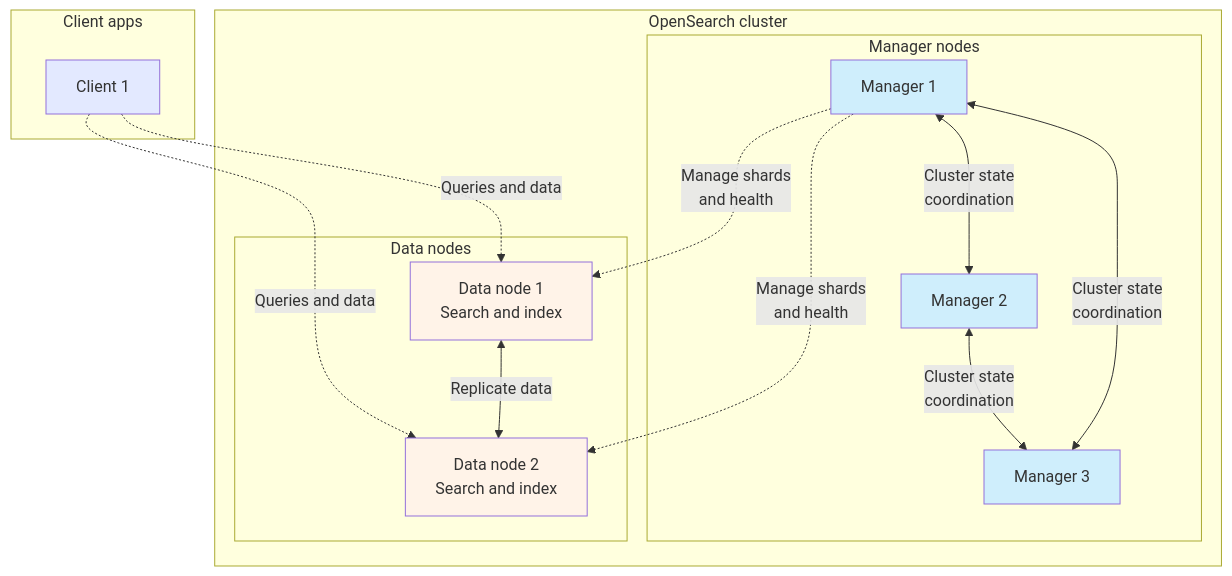
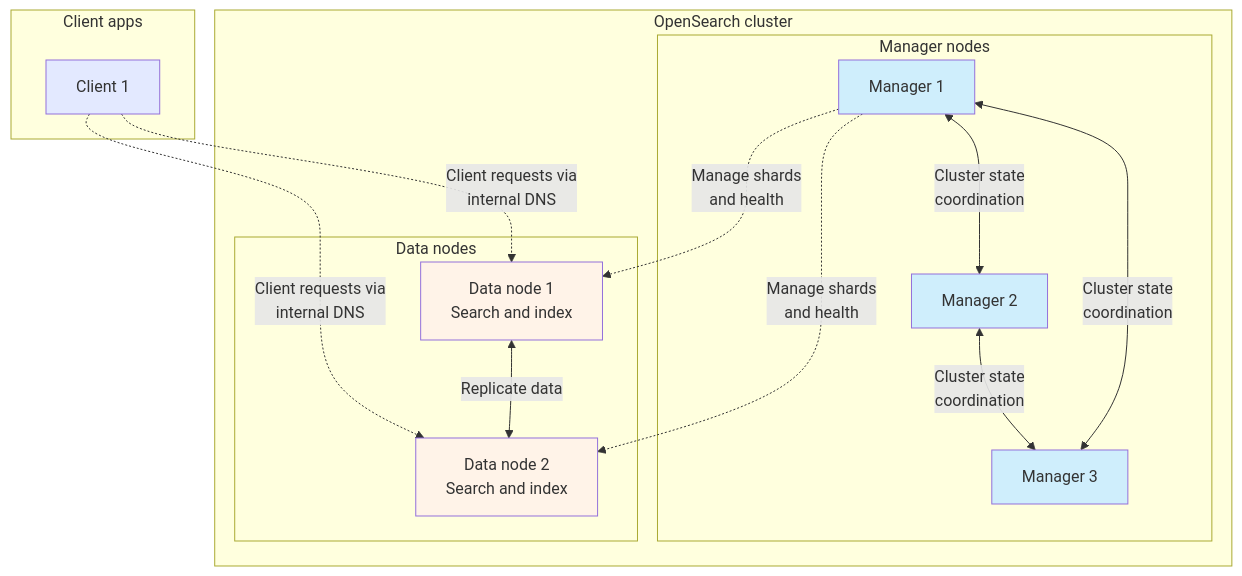
One commit to aiven/aiven-docs changed the diagram in docs/products/opensearch/concepts/dedicated-node-roles.md. Above: the diagram before and after it, drawn with Mermaid. The commit also changed other lines of this file, not shown here.

````diff
--- a/docs/products/opensearch/concepts/dedicated-node-roles.md
+++ b/docs/products/opensearch/concepts/dedicated-node-roles.md
@@ -48,38 +48,38 @@
 ```mermaid
 graph TB
     subgraph "Client apps"
         C1[Client 1]
     end
 
     subgraph "OpenSearch cluster"
         subgraph "Manager nodes"
             CM1[Manager 1]
             CM2[Manager 2]
             CM3[Manager 3]
         end
 
         subgraph "Data nodes"
             DN1[Data node 1<br/>Search and index]
             DN2[Data node 2<br/>Search and index]
         end
     end
 
-    C1 -.->|Queries and data| DN1
-    C1 -.->|Queries and data| DN2
+    C1 -.->|Client requests via<br/>internal DNS| DN1
+    C1 -.->|Client requests via<br/>internal DNS| DN2
 
     CM1 <-->|Cluster state<br/>coordination| CM2
     CM2 <-->|Cluster state<br/>coordination| CM3
     CM3 <-->|Cluster state<br/>coordination| CM1
 
     CM1 -.->|Manage shards<br/>and health| DN1
     CM1 -.->|Manage shards<br/>and health| DN2
 
     DN1 <-->|Replicate data| DN2
 
     style C1 fill:#e3e9ff
     style CM1 fill:#cfeefc
     style CM2 fill:#cfeefc
     style CM3 fill:#cfeefc
     style DN1 fill:#fff3e8
     style DN2 fill:#fff3e8
 ```
````
